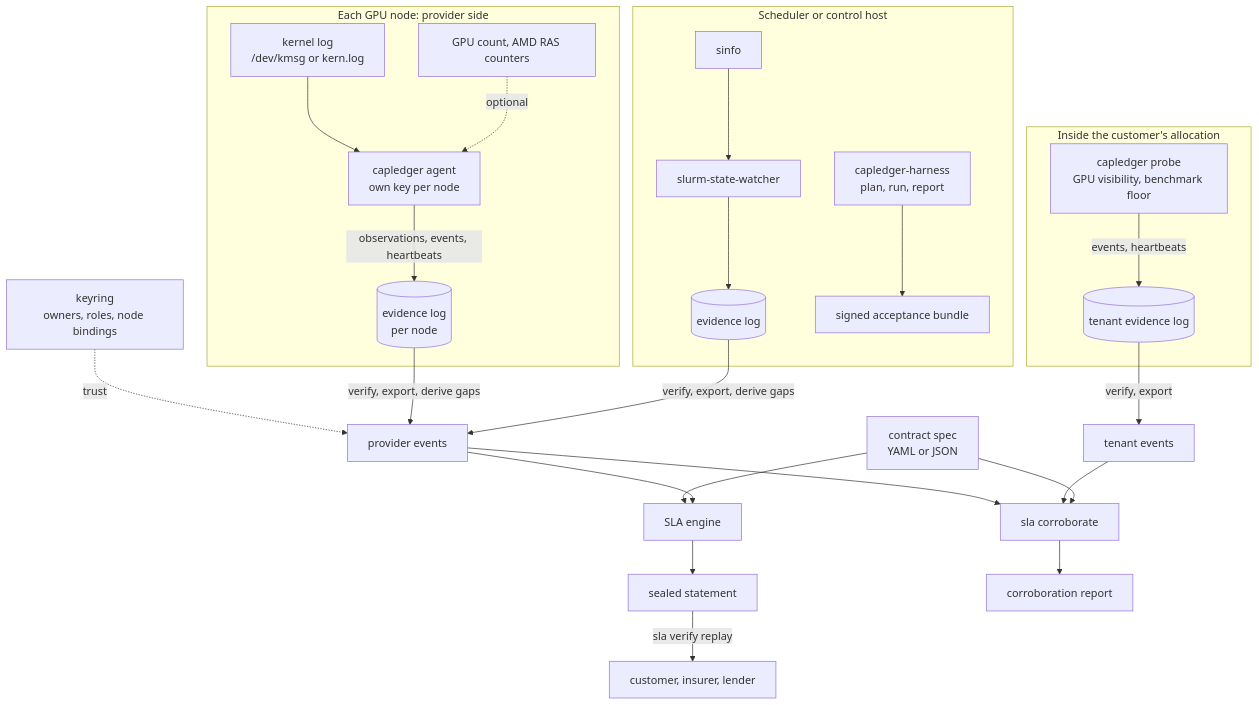
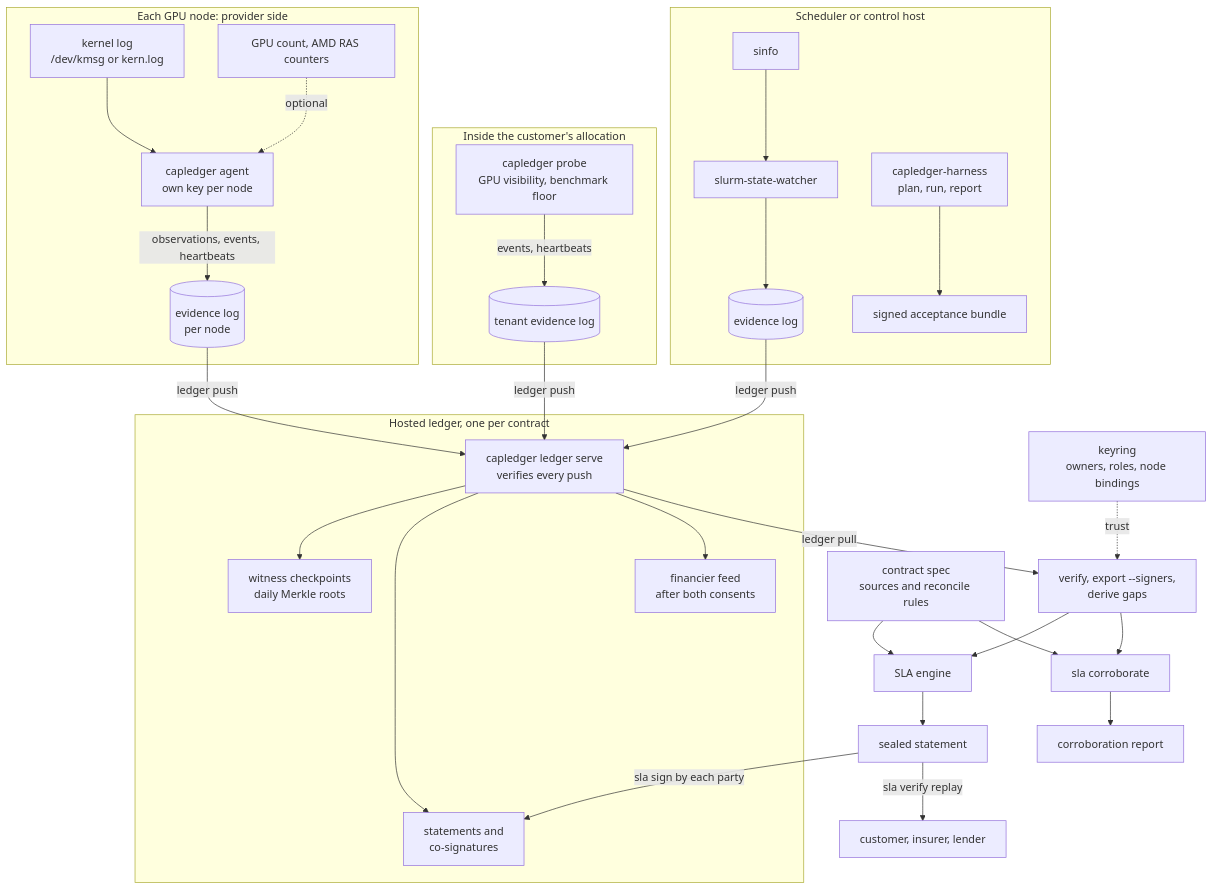
The diagram in docs/architecture.md (Sievehouse/gpu-sentinel), drawn with Mermaid before and after one commit. The commit also changed other lines of this file, not shown here.

First line of the commit message:
Update docs/architecture.md: document the ledger, checkpoints and signatures

````diff
--- a/docs/architecture.md
+++ b/docs/architecture.md
@@ -5,26 +5,32 @@
 ```mermaid
 flowchart TB
   subgraph node[Each GPU node: provider side]
     K[kernel log<br/>/dev/kmsg or kern.log] --> AG[capledger agent<br/>own key per node]
     SMI[GPU count, AMD RAS counters] -.optional.-> AG
     AG -->|observations, events, heartbeats| LOG1[(evidence log<br/>per node)]
   end
   subgraph tenant[Inside the customer's allocation]
     PR[capledger probe<br/>GPU visibility, benchmark floor] -->|events, heartbeats| LOG4[(tenant evidence log)]
   end
   subgraph ctl[Scheduler or control host]
     SL[sinfo] --> WA[slurm-state-watcher]
     WA --> LOG2[(evidence log)]
     HA[capledger-harness<br/>plan, run, report] --> BU[signed acceptance bundle]
   end
+  subgraph ledger[Hosted ledger, one per contract]
+    LS[capledger ledger serve<br/>verifies every push] --> CP[witness checkpoints<br/>daily Merkle roots]
+    LS --> SS[statements and<br/>co-signatures]
+    LS --> FD[financier feed<br/>after both consents]
+  end
+  LOG1 & LOG2 & LOG4 -->|ledger push| LS
   KR[keyring<br/>owners, roles, node bindings] -.trust.-> EX
-  LOG1 & LOG2 -->|verify, export, derive gaps| EX[provider events]
-  LOG4 -->|verify, export| TX[tenant events]
-  CS[contract spec<br/>YAML or JSON] --> EN[SLA engine]
+  LS -->|ledger pull| EX[verify, export --signers,<br/>derive gaps]
+  CS[contract spec<br/>sources and reconcile rules] --> EN[SLA engine]
   EX --> EN
   EN --> ST[sealed statement]
+  ST -->|sla sign by each party| SS
   ST -->|sla verify replay| PARTY[customer, insurer, lender]
-  EX & TX --> CO[sla corroborate]
+  EX --> CO[sla corroborate]
   CS --> CO
   CO --> CR[corroboration report]
 ```
````
